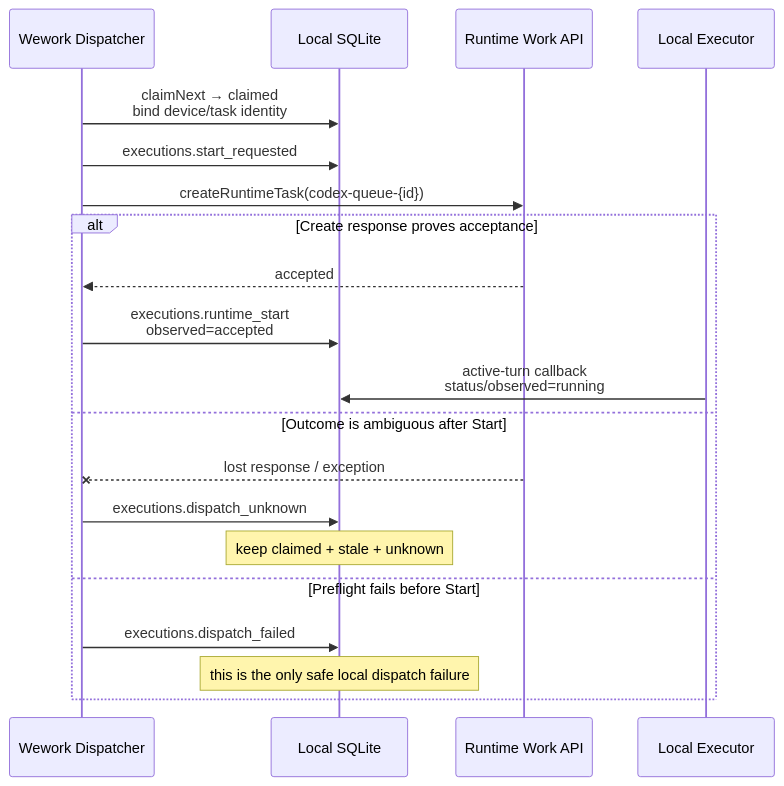
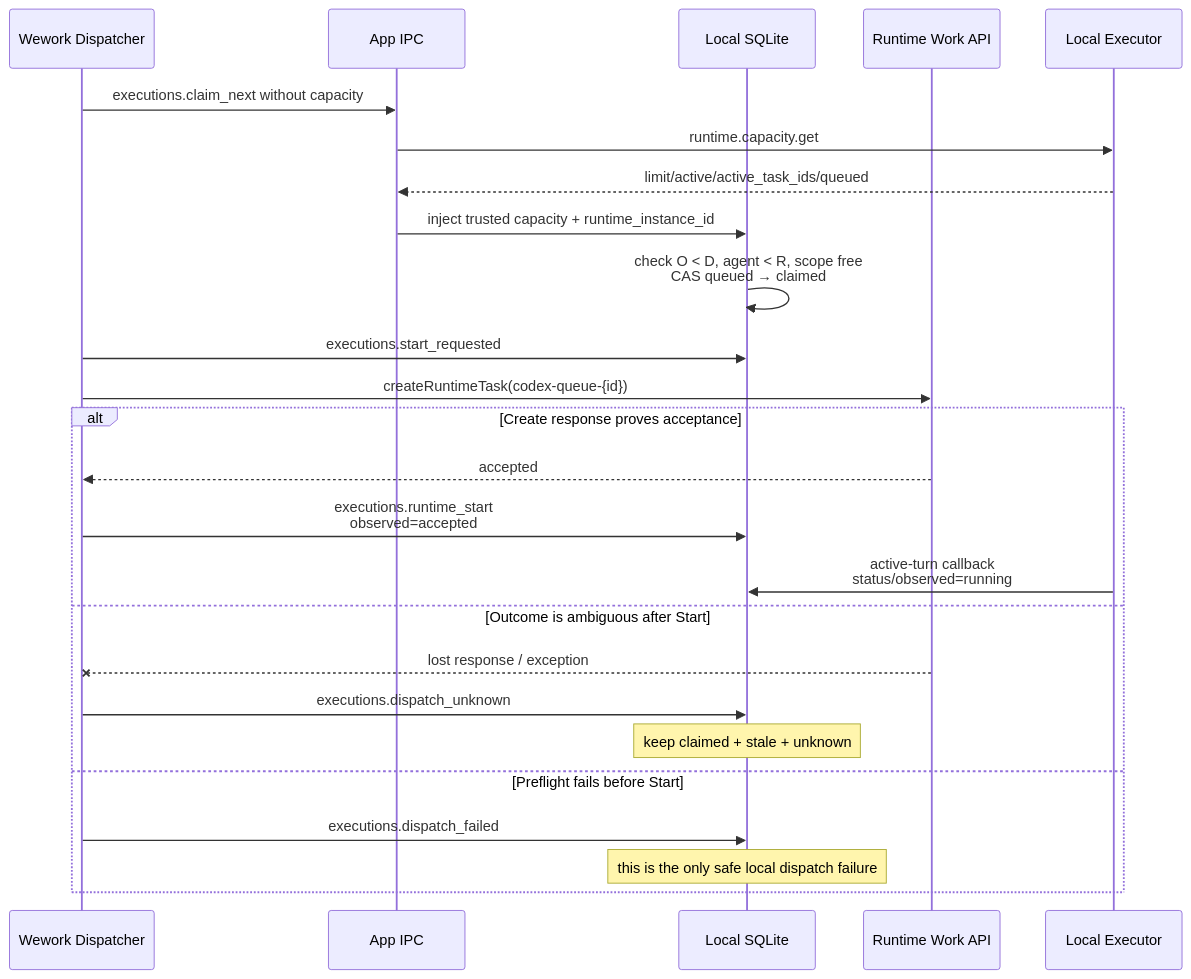
The fifth of 11 diagrams in docs/en/wework/developer-guide/wework-project-execution-state-truth-refactoring.md (wecode-ai/Wegent), drawn with Mermaid before and after one commit. The commit also changed other lines of this file and 53 other files, not shown here.

Commit message:
refactor(wework): unify runtime execution capacity truth

````diff
--- a/docs/en/wework/developer-guide/wework-project-execution-state-truth-refactoring.md
+++ b/docs/en/wework/developer-guide/wework-project-execution-state-truth-refactoring.md
@@ -178,22 +219,27 @@
 ```mermaid
 sequenceDiagram
   participant APP as Wework Dispatcher
+  participant IPC as App IPC
   participant SQL as Local SQLite
   participant API as Runtime Work API
   participant R as Local Executor
-  APP->>SQL: claimNext → claimed<br/>bind device/task identity
+  APP->>IPC: executions.claim_next without capacity
+  IPC->>R: runtime.capacity.get
+  R-->>IPC: limit/active/active_task_ids/queued
+  IPC->>SQL: inject trusted capacity + runtime_instance_id
+  SQL->>SQL: check O < D, agent < R, scope free<br/>CAS queued → claimed
   APP->>SQL: executions.start_requested
   APP->>API: createRuntimeTask(codex-queue-{id})
   alt Create response proves acceptance
     API-->>APP: accepted
     APP->>SQL: executions.runtime_start<br/>observed=accepted
     R->>SQL: active-turn callback<br/>status/observed=running
   else Outcome is ambiguous after Start
     API--xAPP: lost response / exception
     APP->>SQL: executions.dispatch_unknown
     Note over SQL: keep claimed + stale + unknown
   else Preflight fails before Start
     APP->>SQL: executions.dispatch_failed
     Note over SQL: this is the only safe local dispatch failure
   end
 ```
````
